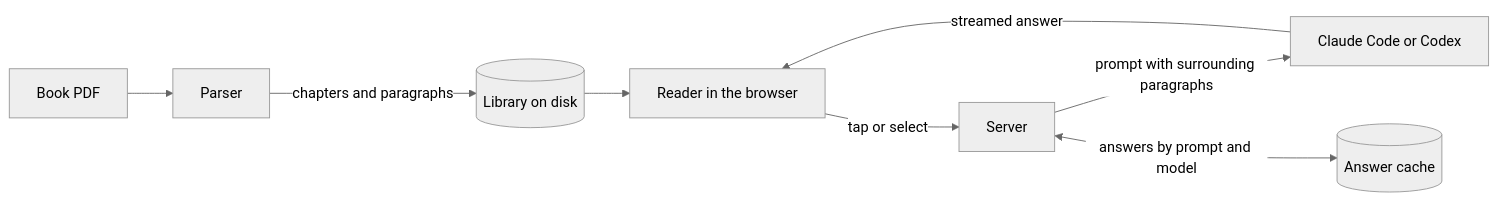
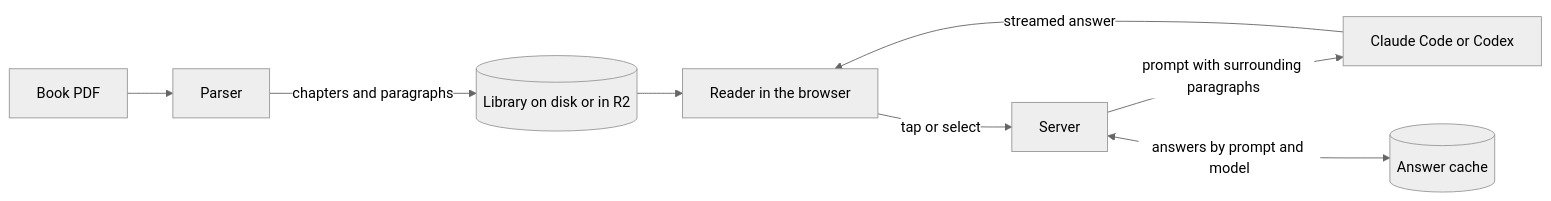
The diagram in README.md (mrx-arafat/DeepRead), drawn with Mermaid (neutral theme) before and after one commit. The commit also changed other lines of this file and 35 other files, not shown here.

````diff
--- a/README.md
+++ b/README.md
@@ -311,10 +407,10 @@
 ```mermaid
 flowchart LR
     PDF[Book PDF] --> Parser
-    Parser -->|chapters and paragraphs| Library[(Library on disk)]
+    Parser -->|chapters and paragraphs| Library[(Library on disk or in R2)]
     Library --> Reader[Reader in the browser]
     Reader -->|tap or select| Server
     Server -->|prompt with surrounding paragraphs| AI[Claude Code or Codex]
     AI -->|streamed answer| Reader
     Server <-->|answers by prompt and model| Cache[(Answer cache)]
 ```
````
